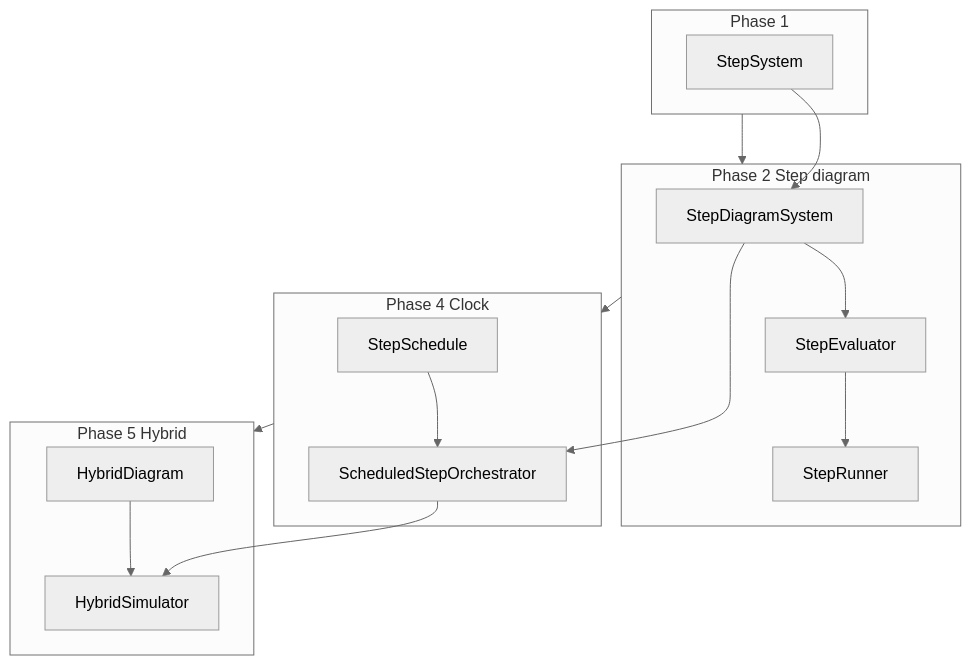
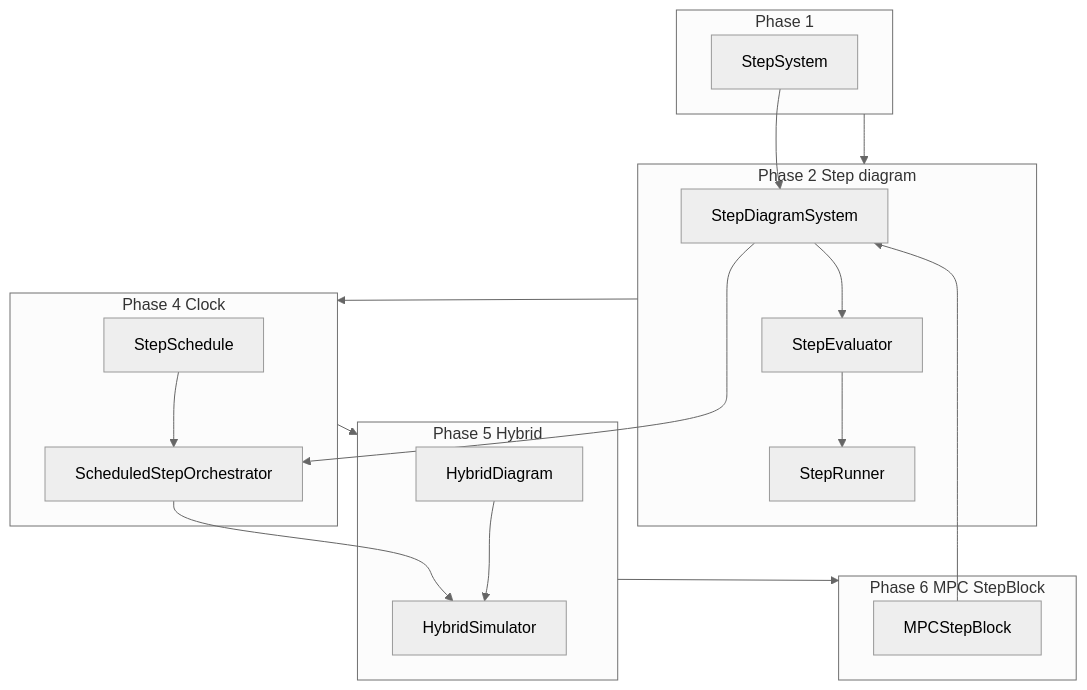
The fourth of 4 diagrams in docs/plans/hybrid-discrete-simulation.md (alx87grd/minilink), drawn with Mermaid (neutral theme) before and after one commit. The commit also changed other lines of this file and 6 other files, not shown here.

First line of the commit message:
docs: patch hybrid/step plan and add Phase 6 MPCStepBlock

````diff
--- a/docs/plans/hybrid-discrete-simulation.md
+++ b/docs/plans/hybrid-discrete-simulation.md
@@ -526,29 +541,34 @@
 ```mermaid
 flowchart TB
     subgraph p1 [Phase 1]
         SS[StepSystem]
     end
 
     subgraph p2 [Phase 2 Step diagram]
         SDS[StepDiagramSystem]
         SE[StepEvaluator]
         SR[StepRunner]
     end
 
     subgraph p4 [Phase 4 Clock]
         SCH[StepSchedule]
         SO[ScheduledStepOrchestrator]
     end
 
     subgraph p5 [Phase 5 Hybrid]
         HD[HybridDiagram]
         HS[HybridSimulator]
     end
 
+    subgraph p6 [Phase 6 MPC StepBlock]
+        MPC[MPCStepBlock]
+    end
+
     SS --> SDS --> SE --> SR
     SDS --> SO
     SCH --> SO
     SO --> HS
     HD --> HS
-    p1 --> p2 --> p4 --> p5
+    MPC --> SDS
+    p1 --> p2 --> p4 --> p5 --> p6
 ```
````
